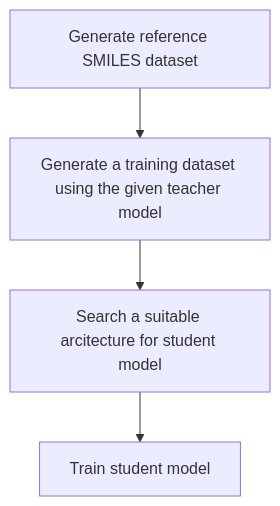
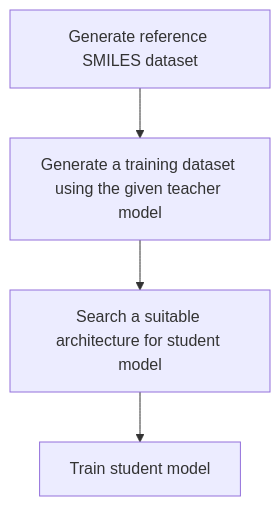
One commit to ersilia-os/olinda changed the diagram in README.md. Above: the diagram before and after it, drawn with Mermaid. The commit also changed other lines of this file and 1 other file, not shown here.

````diff
--- a/README.md
+++ b/README.md
@@ -28,4 +36,4 @@
 ```mermaid
   graph TD;
-  A[Generate reference SMILES dataset] --> B[Generate a training dataset using the given teacher model] --> C[Search a suitable arcitecture for student model] --> D[Train student model]
+  A[Generate reference SMILES dataset] --> B[Generate a training dataset using the given teacher model] --> C[Search a suitable architecture for student model] --> D[Train student model]
 ```
````
